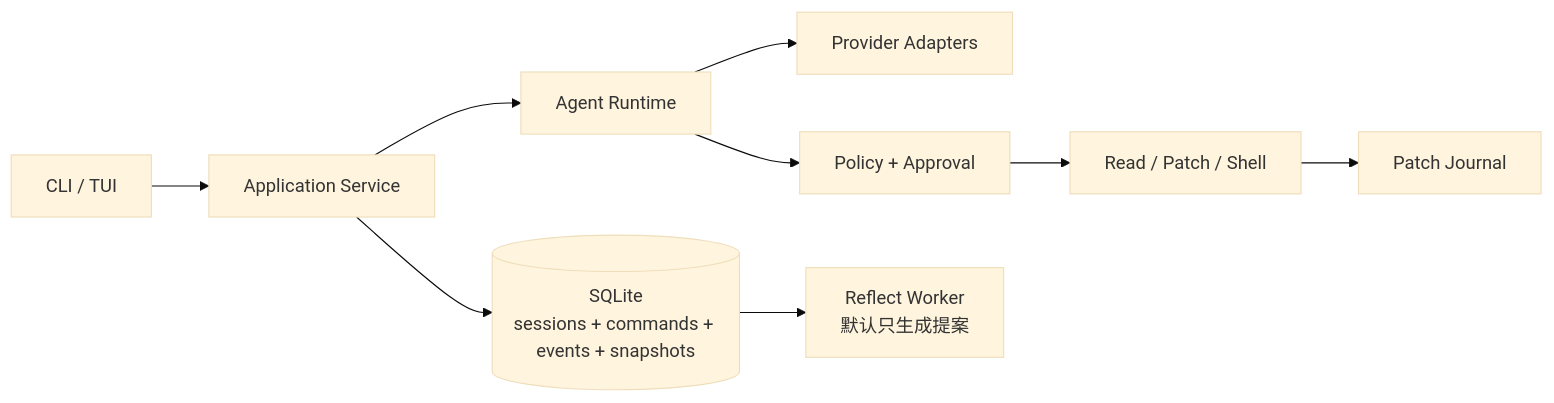
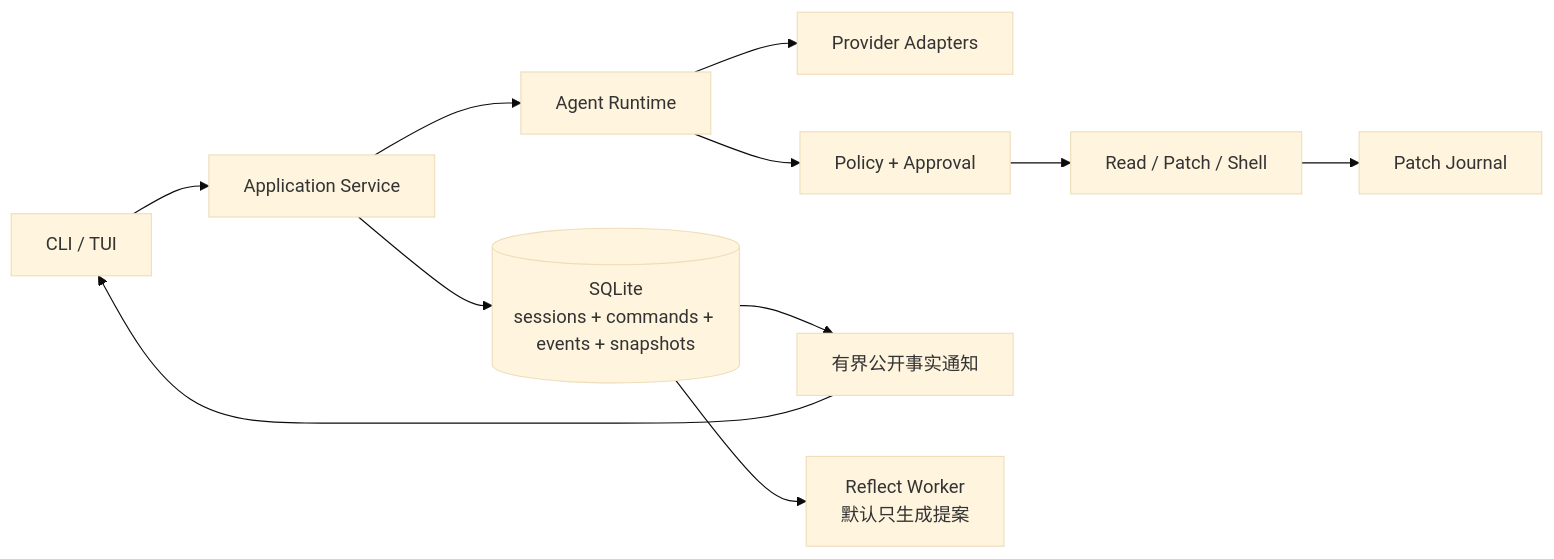
One commit to Scorpio69t/mengdie-code changed the diagram in README.md. Above: the diagram before and after it, drawn with Mermaid (base theme). The commit also changed other lines of this file and 18 other files, not shown here.

````diff
--- a/README.md
+++ b/README.md
@@ -109,11 +110,13 @@
 ```mermaid
 flowchart LR
     CLI["CLI / TUI"] --> APP["Application Service"]
     APP --> RUNTIME["Agent Runtime"]
     RUNTIME --> PROVIDER["Provider Adapters"]
     RUNTIME --> POLICY["Policy + Approval"]
     POLICY --> TOOLS["Read / Patch / Shell"]
     APP --> STORE[("SQLite\nsessions + commands + events + snapshots")]
+    STORE --> BUS["有界公开事实通知"]
+    BUS --> CLI
     TOOLS --> JOURNAL["Patch Journal"]
     STORE --> REFLECT["Reflect Worker\n默认只生成提案"]
 ```
````
